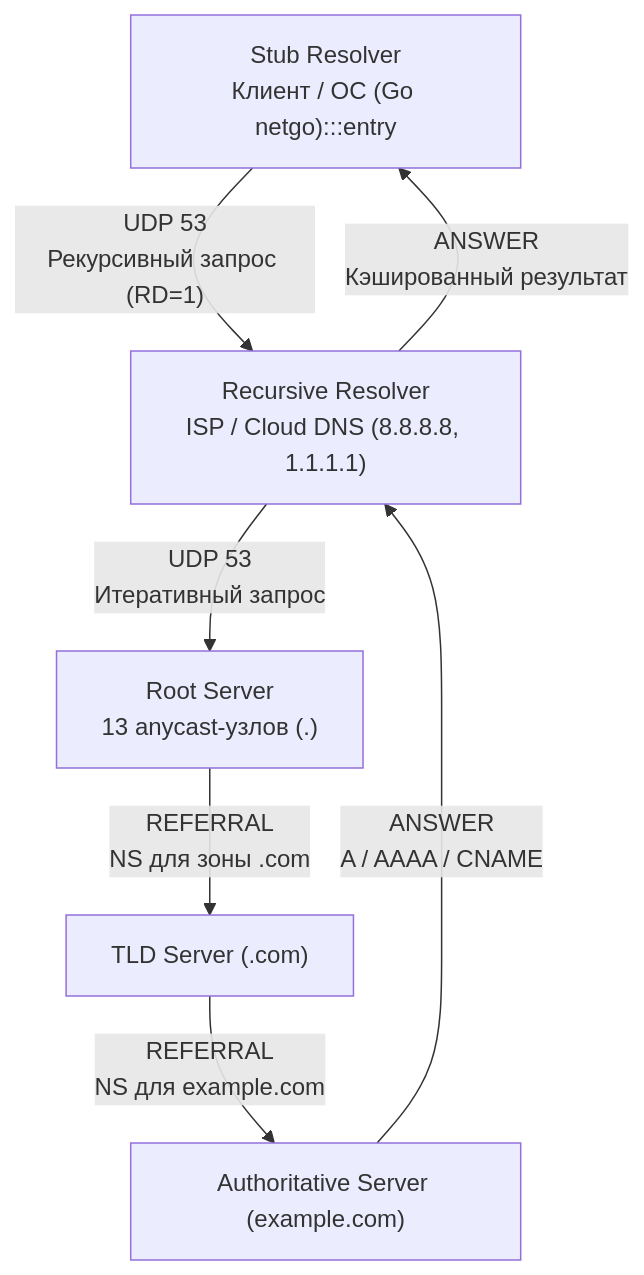
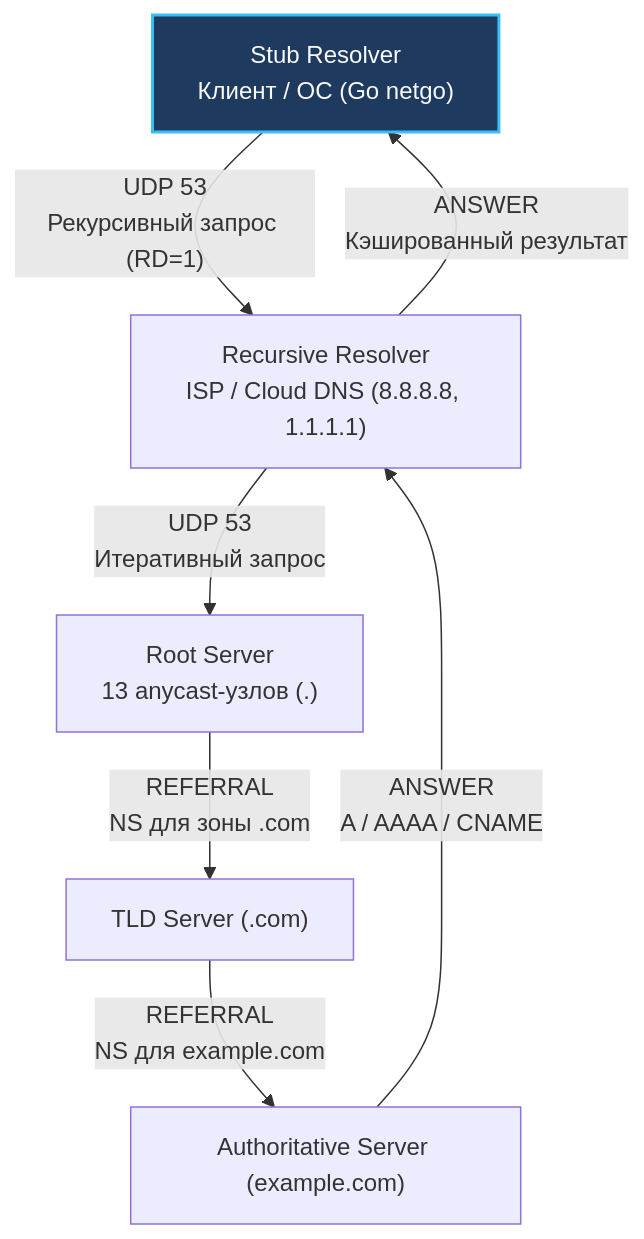
The second of 4 diagrams in sources/3. Компьютерные сети и сетевой стек/17. DNS под капотом. Record Types, TTL, Recursive Resolver, кеширование.md (UnrealTemplier/go-textbook-ru), drawn with Mermaid before and after one commit. The commit also changed other lines of this file and 166 other files, not shown here.

First line of the commit message:
fix(mermaid): move :::class out of quoted node labels

````diff
--- a/sources/3. Компьютерные сети и сетевой стек/17. DNS под капотом. Record Types, TTL, Recursive Resolver, кеширование.md
+++ b/sources/3. Компьютерные сети и сетевой стек/17. DNS под капотом. Record Types, TTL, Recursive Resolver, кеширование.md
@@ -89,19 +89,19 @@
 ```mermaid
 flowchart TD
     classDef process  fill:#1e293b,stroke:#38bdf8,stroke-width:1px,color:#f8fafc
     classDef success  fill:#064e3b,stroke:#34d399,stroke-width:1px,color:#f8fafc
     classDef error    fill:#7f1d1d,stroke:#f87171,stroke-width:1px,color:#f8fafc
     classDef warning  fill:#78350f,stroke:#fbbf24,stroke-width:1px,color:#f8fafc
     classDef entry    fill:#1e3a5f,stroke:#38bdf8,stroke-width:2px,color:#f8fafc
     classDef aux      fill:#334155,stroke:#64748b,stroke-width:1px,color:#f8fafc
     classDef system   fill:#312e81,stroke:#a78bfa,stroke-width:1px,color:#f8fafc
     classDef data     fill:#132d29,stroke:#2dd4bf,stroke-width:1px,color:#f8fafc
     classDef network  fill:#881337,stroke:#fb7185,stroke-width:1px,color:#f8fafc
     classDef accent   fill:#1e1b4b,stroke:#818cf8,stroke-width:1px,color:#f8fafc
-    A["Stub Resolver<br>Клиент / ОС (Go netgo):::entry"] -->|"UDP 53<br>Рекурсивный запрос (RD=1)"| B["Recursive Resolver<br>ISP / Cloud DNS (8.8.8.8, 1.1.1.1)"]
+    A["Stub Resolver<br>Клиент / ОС (Go netgo)"]:::entry -->|"UDP 53<br>Рекурсивный запрос (RD=1)"| B["Recursive Resolver<br>ISP / Cloud DNS (8.8.8.8, 1.1.1.1)"]
     B -->|"UDP 53<br>Итеративный запрос"| C["Root Server<br>13 anycast-узлов (.)"]
     C -->|"REFERRAL<br>NS для зоны .com"| D["TLD Server (.com)"]
     D -->|"REFERRAL<br>NS для example.com"| E["Authoritative Server (example.com)"]
     E -->|"ANSWER<br>A / AAAA / CNAME"| B
     B -->|"ANSWER<br>Кэшированный результат"| A
 ```
````
